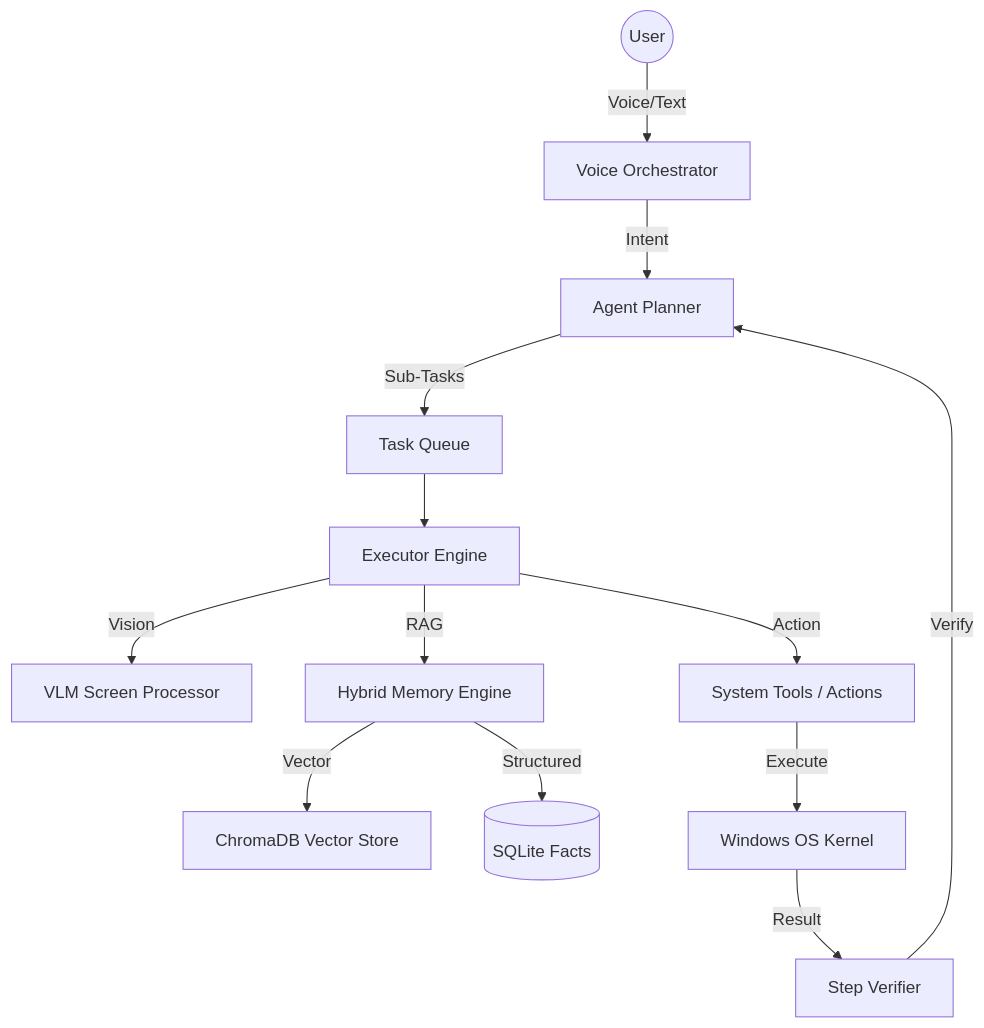
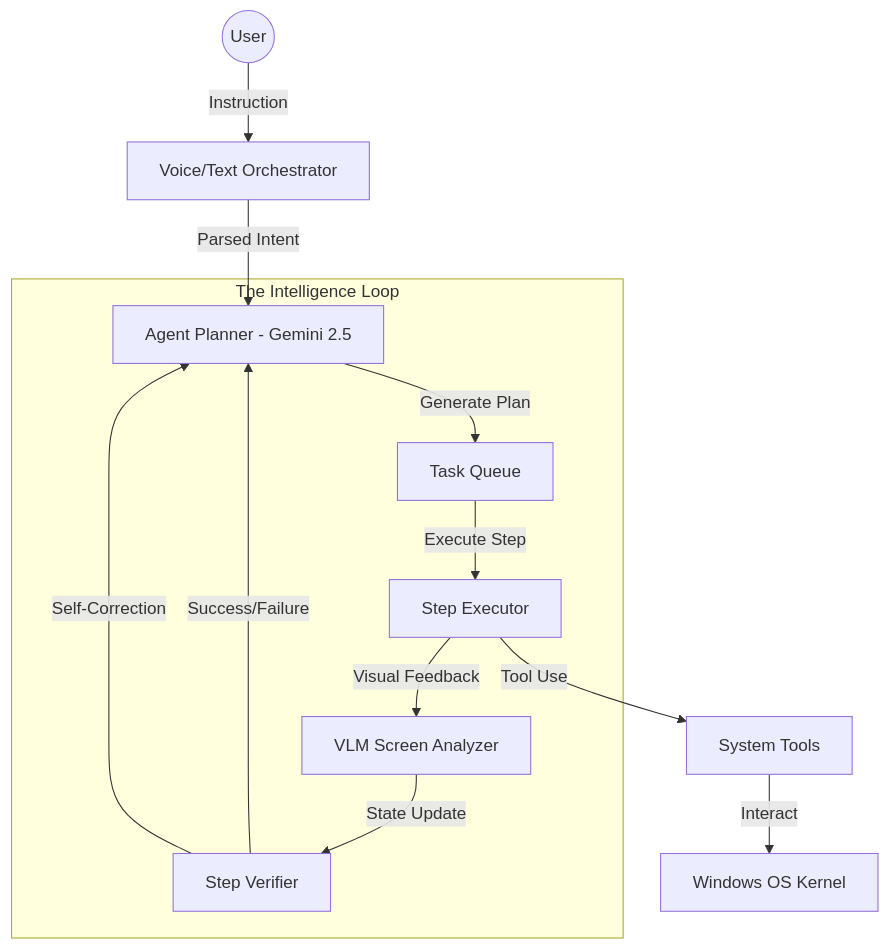
Before and after one commit to Sirius6907/B.U.D.D.Y-Mark-67: the first of 3 diagrams in README.md, drawn with Mermaid. The commit also changed other lines of this file, not shown here.

Commit message:
Enhance README: Massively expanded engineering details and diagrams

````diff
--- a/README.md
+++ b/README.md
@@ -27,18 +30,17 @@
 ```mermaid
 graph TD
-    User((User)) -->|Voice/Text| Orchestrator[Voice Orchestrator]
-    Orchestrator -->|Intent| Planner[Agent Planner]
-    Planner -->|Sub-Tasks| TaskQueue[Task Queue]
+    User((User)) -->|Instruction| Orchestrator[Voice/Text Orchestrator]
+    Orchestrator -->|Parsed Intent| Planner[Agent Planner - Gemini 2.5]
     
-    TaskQueue --> Executor[Executor Engine]
-    Executor -->|Vision| Screen[VLM Screen Processor]
-    Executor -->|RAG| Memory[Hybrid Memory Engine]
-    Executor -->|Action| Tools[System Tools / Actions]
+    subgraph "The Intelligence Loop"
+        Planner -->|Generate Plan| TaskQueue[Task Queue]
+        TaskQueue -->|Execute Step| Executor[Step Executor]
+        Executor -->|Visual Feedback| VLM[VLM Screen Analyzer]
+        VLM -->|State Update| Verifier[Step Verifier]
+        Verifier -->|Success/Failure| Planner
+        Verifier -->|Self-Correction| Planner
+    end
     
-    Memory -->|Vector| Chroma[ChromaDB Vector Store]
-    Memory -->|Structured| SQLite[(SQLite Facts)]
-    
-    Tools -->|Execute| OS[Windows OS Kernel]
-    OS -->|Result| Feedback[Step Verifier]
-    Feedback -->|Verify| Planner
+    Executor -->|Tool Use| System[System Tools]
+    System -->|Interact| OS[Windows OS Kernel]
 ```
````
